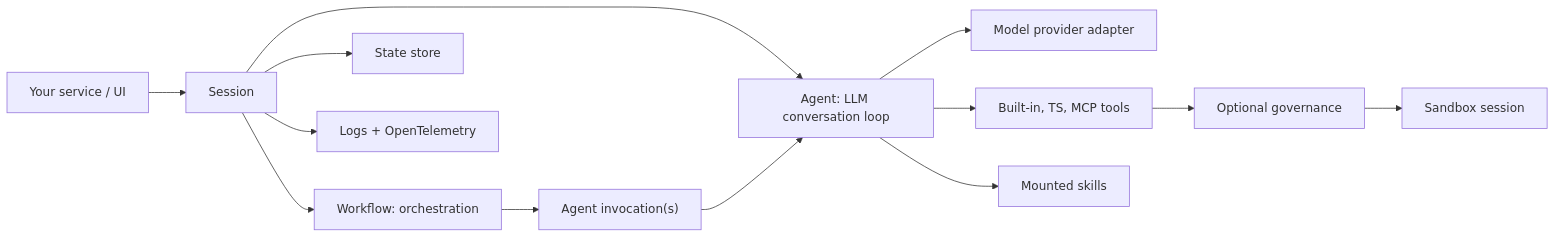
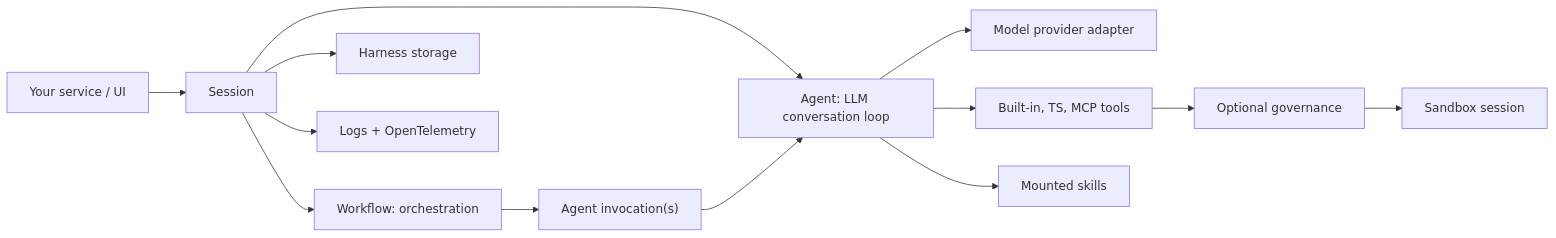
The second of 2 diagrams in docs/README.md (puristajs/harness), drawn with Mermaid before and after one commit. The commit also changed other lines of this file and 145 other files, not shown here.

Commit message:
feat!: unify Harness storage in v3

````diff
--- a/docs/README.md
+++ b/docs/README.md
@@ -110,15 +111,15 @@
 ```mermaid
 flowchart LR
   App["Your service / UI"] --> Session["Session"]
   Session --> Agent["Agent: LLM conversation loop"]
   Session --> Workflow["Workflow: orchestration"]
   Workflow --> AgentCall["Agent invocation(s)"]
   AgentCall --> Agent
   Agent --> Model["Model provider adapter"]
   Agent --> Tools["Built-in, TS, MCP tools"]
   Tools --> Governance["Optional governance"]
   Agent --> Skills["Mounted skills"]
   Governance --> Sandbox["Sandbox session"]
-  Session --> State["State store"]
+  Session --> Storage["Harness storage"]
   Session --> Telemetry["Logs + OpenTelemetry"]
 ```
````
